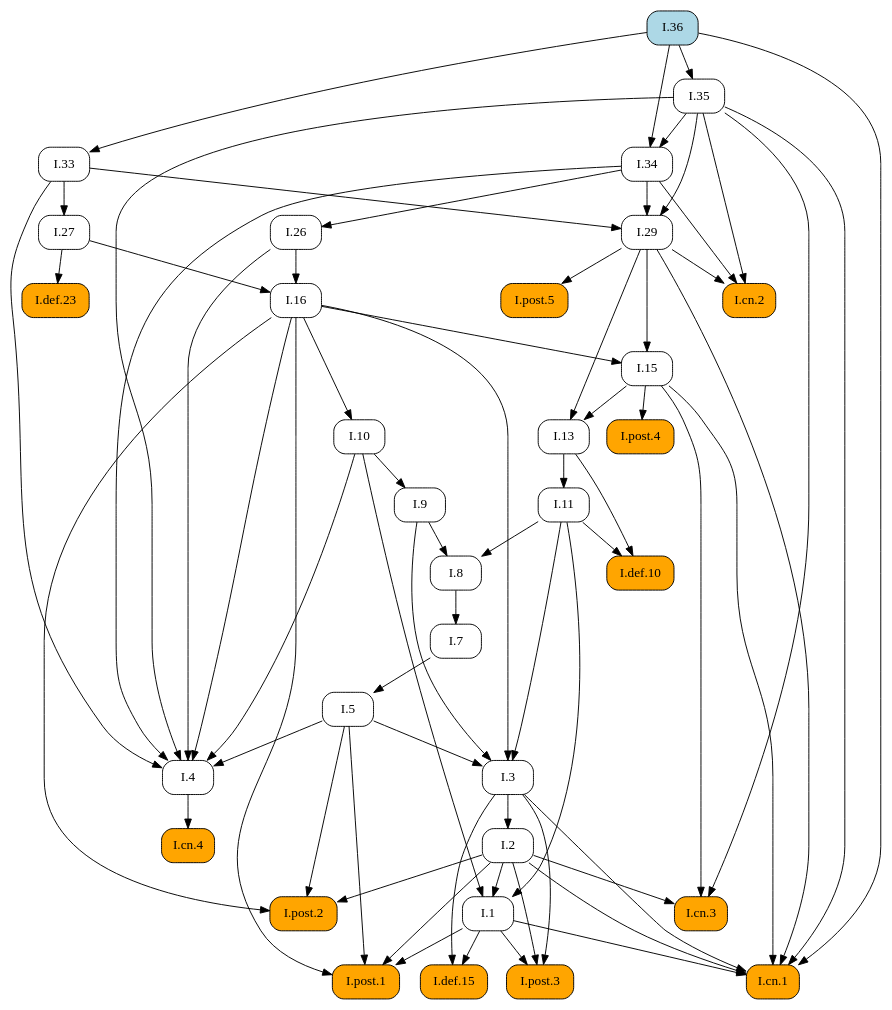
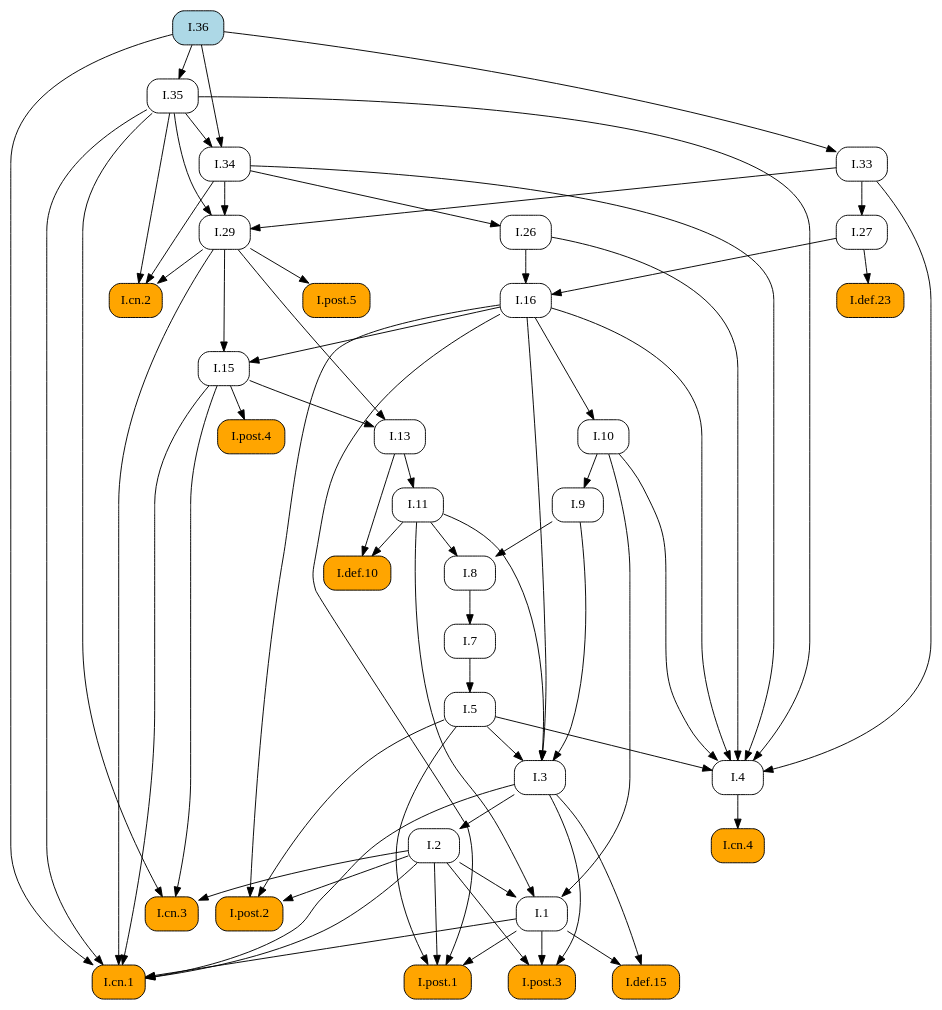
One commit to geometor/elements changed the diagram in docsrc/elements2/I/36/index.rst. Above: the diagram before and after it, drawn with Graphviz. The commit also changed other lines of this file and 409 other files, not shown here.

First line of the commit message:
feat: Add image cropping and graphic extraction script

```diff
--- a/docsrc/elements2/I/36/index.rst
+++ b/docsrc/elements2/I/36/index.rst
@@ -43,59 +43,59 @@
    digraph {
      rankdir="TB";
      node [shape=box, style=rounded];
+     "I.def.15" [style="rounded,filled", fillcolor=orange, URL="/elements2/I/def.15/", target="_top"];
+     "I.def.10" [style="rounded,filled", fillcolor=orange, URL="/elements2/I/def.10/", target="_top"];
+     "I.def.23" [style="rounded,filled", fillcolor=orange, URL="/elements2/I/def.23/", target="_top"];
+     "I.11" [URL="/elements2/I/11/", target="_top"];
      "I.8" [URL="/elements2/I/8/", target="_top"];
-     "I.post.3" [style="rounded,filled", fillcolor=orange, URL="/elements2/I/post.3/", target="_top"];
-     "I.cn.3" [style="rounded,filled", fillcolor=orange, URL="/elements2/I/cn.3/", target="_top"];
-     "I.cn.4" [style="rounded,filled", fillcolor=orange, URL="/elements2/I/cn.4/", target="_top"];
-     "I.1" [URL="/elements2/I/1/", target="_top"];
-     "I.36" [style="rounded,filled", fillcolor=lightblue, URL="/elements2/I/36/", target="_top"];
-     "I.7" [URL="/elements2/I/7/", target="_top"];
-     "I.post.1" [style="rounded,filled", fillcolor=orange, URL="/elements2/I/post.1/", target="_top"];
-     "I.9" [URL="/elements2/I/9/", target="_top"];
-     "I.33" [URL="/elements2/I/33/", target="_top"];
+     "I.cn.2" [style="rounded,filled", fillcolor=orange, URL="/elements2/I/cn.2/", target="_top"];
+     "I.15" [URL="/elements2/I/15/", target="_top"];
      "I.5" [URL="/elements2/I/5/", target="_top"];
      "I.post.5" [style="rounded,filled", fillcolor=orange, URL="/elements2/I/post.5/", target="_top"];
+     "I.3" [URL="/elements2/I/3/", target="_top"];
+     "I.10" [URL="/elements2/I/10/", target="_top"];
+     "I.26" [URL="/elements2/I/26/", target="_top"];
      "I.cn.1" [style="rounded,filled", fillcolor=orange, URL="/elements2/I/cn.1/", target="_top"];
+     "I.cn.3" [style="rounded,filled", fillcolor=orange, URL="/elements2/I/cn.3/", target="_top"];
+     "I.13" [URL="/elements2/I/13/", target="_top"];
+     "I.4" [URL="/elements2/I/4/", target="_top"];
+     "I.post.3" [style="rounded,filled", fillcolor=orange, URL="/elements2/I/post.3/", target="_top"];
+     "I.7" [URL="/elements2/I/7/", target="_top"];
+     "I.9" [URL="/elements2/I/9/", target="_top"];
      "I.29" [URL="/elements2/I/29/", target="_top"];
-     "I.def.10" [style="rounded,filled", fillcolor=orange, URL="/elements2/I/def.10/", target="_top"];
+     "I.36" [style="rounded,filled", fillcolor=lightblue, URL="/elements2/I/36/", target="_top"];
      "I.16" [URL="/elements2/I/16/", target="_top"];
+     "I.post.1" [style="rounded,filled", fillcolor=orange, URL="/elements2/I/post.1/", target="_top"];
+     "I.35" [URL="/elements2/I/35/", target="_top"];
+     "I.34" [URL="/elements2/I/34/", target="_top"];
+     "I.2" [URL="/elements2/I/2/", target="_top"];
+     "I.33" [URL="/elements2/I/33/", target="_top"];
+     "I.27" [URL="/elements2/I/27/", target="_top"];
+     "I.cn.4" [style="rounded,filled", fillcolor=orange, URL="/elements2/I/cn.4/", target="_top"];
      "I.post.4" [style="rounded,filled", fillcolor=orange, URL="/elements2/I/post.4/", target="_top"];
-     "I.cn.2" [style="rounded,filled", fillcolor=orange, URL="/elements2/I/cn.2/", target="_top"];
-     "I.13" [URL="/elements2/I/13/", target="_top"];
-     "I.35" [URL="/elements2/I/35/", target="_top"];
-     "I.2" [URL="/elements2/I/2/", target="_top"];
-     "I.27" [URL="/elements2/I/27/", target="_top"];
-     "I.def.15" [style="rounded,filled", fillcolor=orange, URL="/elements2/I/def.15/", target="_top"];
-     "I.4" [URL="/elements2/I/4/", target="_top"];
-     "I.11" [URL="/elements2/I/11/", target="_top"];
-     "I.10" [URL="/elements2/I/10/", target="_top"];
-     "I.15" [URL="/elements2/I/15/", target="_top"];
-     "I.3" [URL="/elements2/I/3/", target="_top"];
-     "I.def.23" [style="rounded,filled", fillcolor=orange, URL="/elements2/I/def.23/", target="_top"];
+     "I.1" [URL="/elements2/I/1/", target="_top"];
      "I.post.2" [style="rounded,filled", fillcolor=orange, URL="/elements2/I/post.2/", target="_top"];
-     "I.34" [URL="/elements2/I/34/", target="_top"];
-     "I.26" [URL="/elements2/I/26/", target="_top"];
+     "I.1" -> "I.def.15";
+     "I.3" -> "I.def.15";
+     "I.11" -> "I.def.10";
+     "I.13" -> "I.def.10";
+     "I.27" -> "I.def.23";
+     "I.13" -> "I.11";
      "I.9" -> "I.8";
      "I.11" -> "I.8";
-     "I.1" -> "I.post.3";
-     "I.2" -> "I.post.3";
-     "I.3" -> "I.post.3";
-     "I.2" -> "I.cn.3";
-     "I.15" -> "I.cn.3";
-     "I.35" -> "I.cn.3";
-     "I.4" -> "I.cn.4";
-     "I.2" -> "I.1";
-     "I.10" -> "I.1";
-     "I.11" -> "I.1";
-     "I.8" -> "I.7";
-     "I.1" -> "I.post.1";
-     "I.2" -> "I.post.1";
-     "I.5" -> "I.post.1";
-     "I.16" -> "I.post.1";
-     "I.10" -> "I.9";
-     "I.36" -> "I.33";
+     "I.29" -> "I.cn.2";
+     "I.34" -> "I.cn.2";
+     "I.35" -> "I.cn.2";
+     "I.16" -> "I.15";
+     "I.29" -> "I.15";
      "I.7" -> "I.5";
      "I.29" -> "I.post.5";
+     "I.5" -> "I.3";
+     "I.9" -> "I.3";
+     "I.11" -> "I.3";
+     "I.16" -> "I.3";
+     "I.16" -> "I.10";
+     "I.34" -> "I.26";
      "I.1" -> "I.cn.1";
      "I.2" -> "I.cn.1";
      "I.3" -> "I.cn.1";
@@ -103,24 +103,11 @@
      "I.29" -> "I.cn.1";
      "I.35" -> "I.cn.1";
      "I.36" -> "I.cn.1";
-     "I.33" -> "I.29";
-     "I.34" -> "I.29";
-     "I.35" -> "I.29";
-     "I.11" -> "I.def.10";
-     "I.13" -> "I.def.10";
-     "I.26" -> "I.16";
-     "I.27" -> "I.16";
-     "I.15" -> "I.post.4";
-     "I.29" -> "I.cn.2";
-     "I.34" -> "I.cn.2";
-     "I.35" -> "I.cn.2";
+     "I.2" -> "I.cn.3";
+     "I.15" -> "I.cn.3";
+     "I.35" -> "I.cn.3";
      "I.15" -> "I.13";
      "I.29" -> "I.13";
-     "I.36" -> "I.35";
-     "I.3" -> "I.2";
-     "I.33" -> "I.27";
-     "I.1" -> "I.def.15";
-     "I.3" -> "I.def.15";
      "I.5" -> "I.4";
      "I.10" -> "I.4";
      "I.16" -> "I.4";
@@ -128,19 +115,32 @@
      "I.33" -> "I.4";
      "I.34" -> "I.4";
      "I.35" -> "I.4";
-     "I.13" -> "I.11";
-     "I.16" -> "I.10";
-     "I.16" -> "I.15";
-     "I.29" -> "I.15";
-     "I.5" -> "I.3";
-     "I.9" -> "I.3";
-     "I.11" -> "I.3";
-     "I.16" -> "I.3";
-     "I.27" -> "I.def.23";
+     "I.1" -> "I.post.3";
+     "I.2" -> "I.post.3";
+     "I.3" -> "I.post.3";
+     "I.8" -> "I.7";
+     "I.10" -> "I.9";
+     "I.33" -> "I.29";
+     "I.34" -> "I.29";
+     "I.35" -> "I.29";
+     "I.26" -> "I.16";
+     "I.27" -> "I.16";
+     "I.1" -> "I.post.1";
+     "I.2" -> "I.post.1";
+     "I.5" -> "I.post.1";
+     "I.16" -> "I.post.1";
+     "I.36" -> "I.35";
+     "I.35" -> "I.34";
+     "I.36" -> "I.34";
+     "I.3" -> "I.2";
+     "I.36" -> "I.33";
+     "I.33" -> "I.27";
+     "I.4" -> "I.cn.4";
+     "I.15" -> "I.post.4";
+     "I.2" -> "I.1";
+     "I.10" -> "I.1";
+     "I.11" -> "I.1";
      "I.2" -> "I.post.2";
      "I.5" -> "I.post.2";
      "I.16" -> "I.post.2";
-     "I.35" -> "I.34";
-     "I.36" -> "I.34";
-     "I.34" -> "I.26";
    }
```
